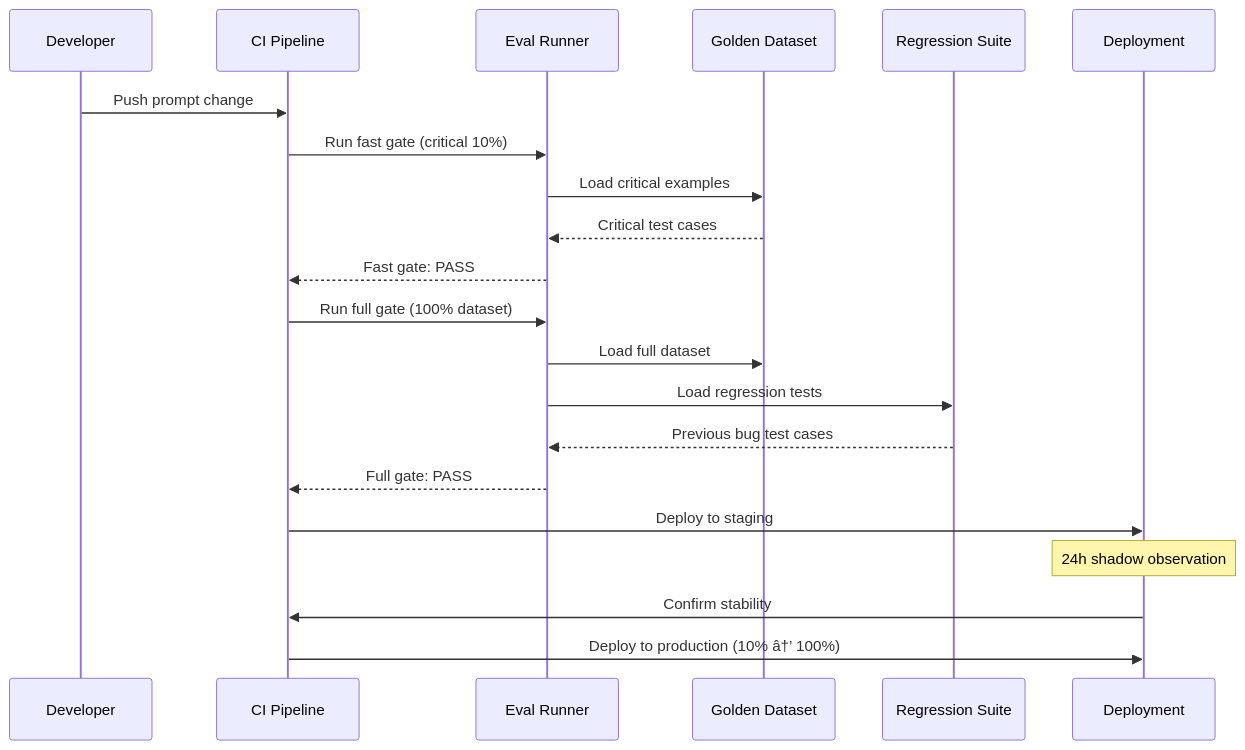
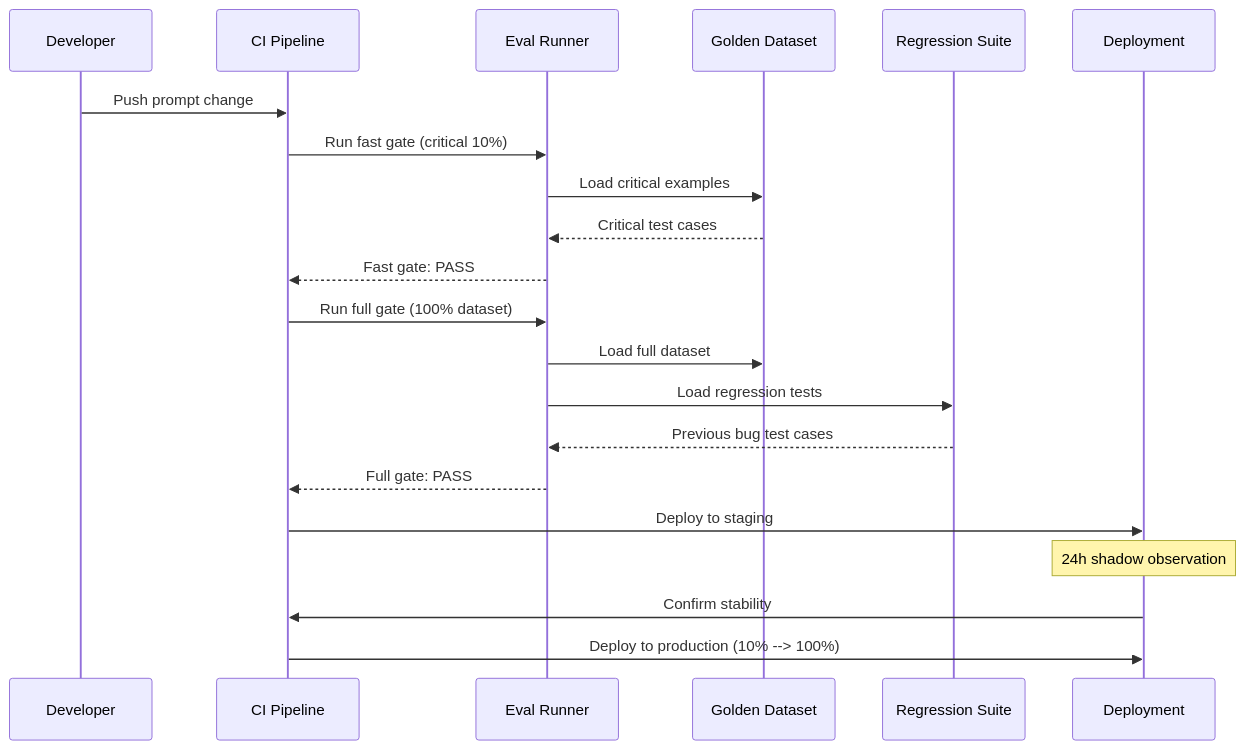
One commit to Driftloom/Vaeloom changed the second of 2 diagrams in Docs/AI/Evaluation.md. Above: the diagram before and after it, drawn with Mermaid. The commit also changed other lines of this file and 18 other files, not shown here.

Commit message:
docs(ai): add AI architecture overview and model routing

````diff
--- a/Docs/AI/Evaluation.md
+++ b/Docs/AI/Evaluation.md
@@ -185,26 +185,26 @@
 ```mermaid
 sequenceDiagram
     participant DEV as Developer
     participant CI as CI Pipeline
     participant EVAL as Eval Runner
     participant DS as Golden Dataset
     participant REG as Regression Suite
     participant DEPLOY as Deployment
 
     DEV->>CI: Push prompt change
     CI->>EVAL: Run fast gate (critical 10%)
     EVAL->>DS: Load critical examples
     DS-->>EVAL: Critical test cases
     EVAL-->>CI: Fast gate: PASS
     
     CI->>EVAL: Run full gate (100% dataset)
     EVAL->>DS: Load full dataset
     EVAL->>REG: Load regression tests
     REG-->>EVAL: Previous bug test cases
     EVAL-->>CI: Full gate: PASS
     
     CI->>DEPLOY: Deploy to staging
     Note over DEPLOY: 24h shadow observation
     DEPLOY->>CI: Confirm stability
-    CI->>DEPLOY: Deploy to production (10% â†’ 100%)
+    CI->>DEPLOY: Deploy to production (10% --> 100%)
 ```
````
